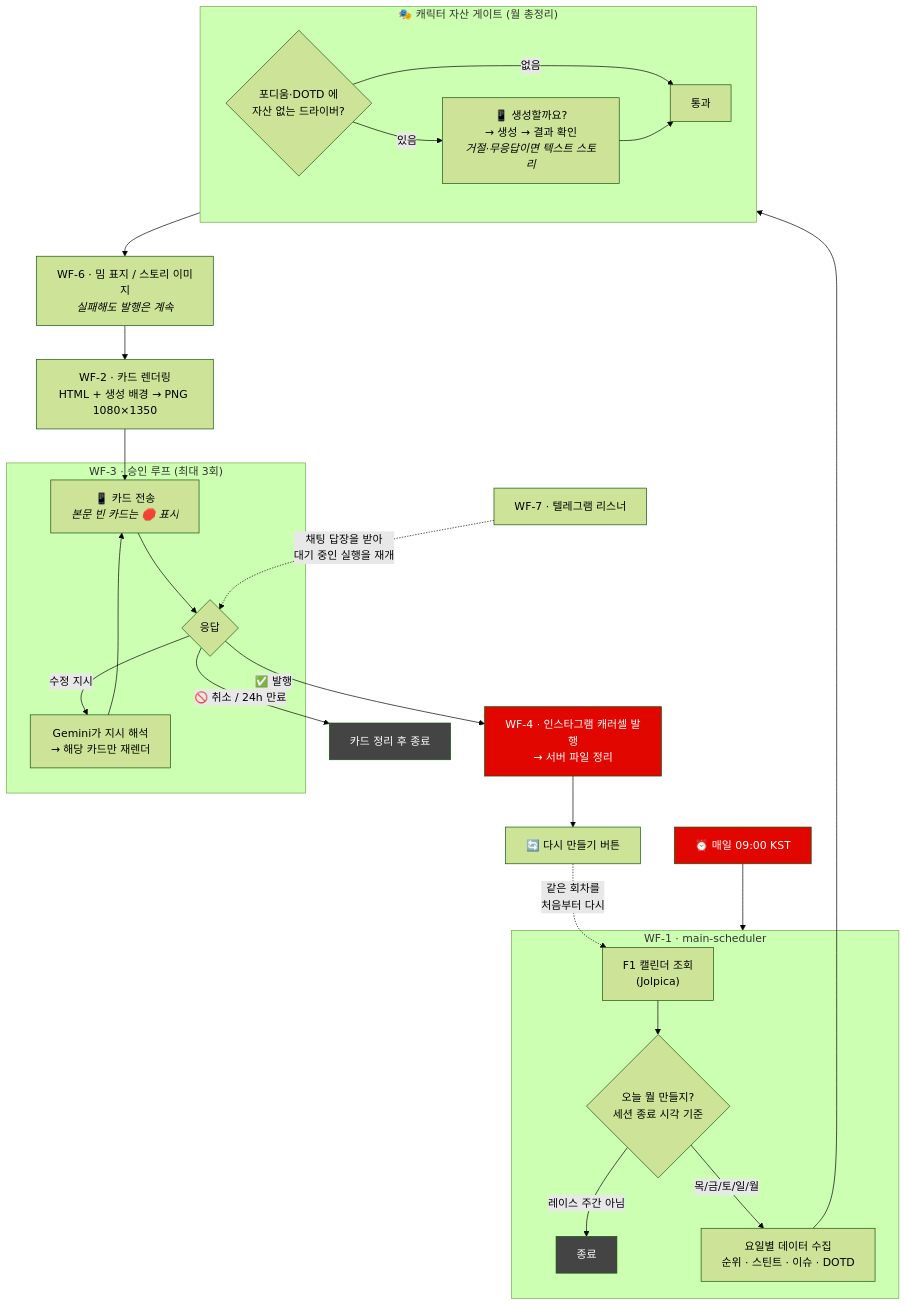
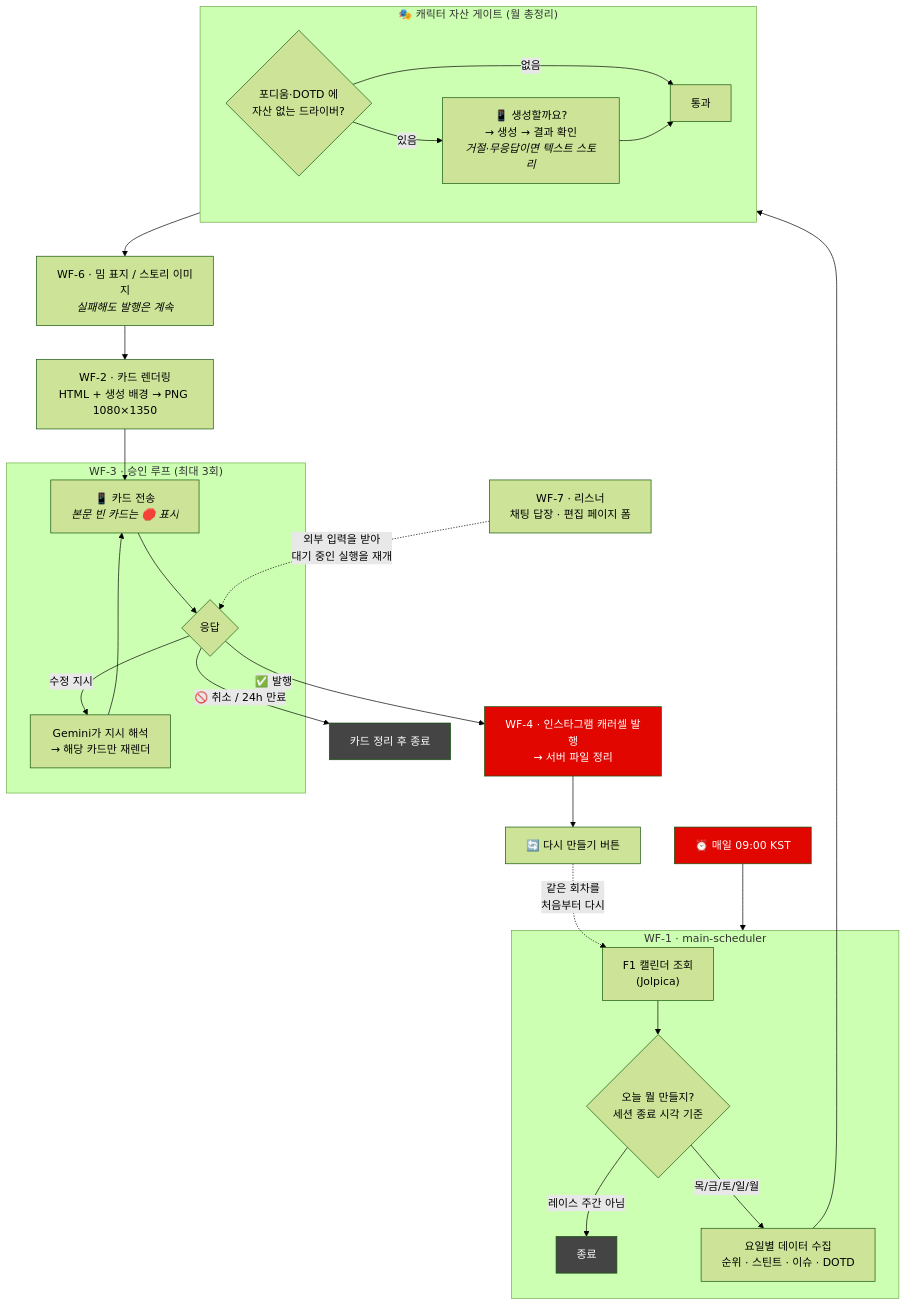
Before and after one commit to anotheranotherhoon/f1-cardnews-automation: the diagram in README.md, drawn with Mermaid (forest theme). The commit also changed other lines of this file, not shown here.

````diff
--- a/README.md
+++ b/README.md
@@ -19,40 +19,40 @@
 ```mermaid
 flowchart TD
     T["⏰ 매일 09:00 KST"] --> W1
 
     subgraph W1 ["WF-1 · main-scheduler"]
         C["F1 캘린더 조회<br/>(Jolpica)"] --> D{"오늘 뭘 만들지?<br/>세션 종료 시각 기준"}
         D -->|레이스 주간 아님| X["종료"]
         D -->|목/금/토/일/월| DATA["요일별 데이터 수집<br/>순위 · 스틴트 · 이슈 · DOTD"]
     end
 
     DATA --> GATE
 
     subgraph GATE ["🎭 캐릭터 자산 게이트 (월 총정리)"]
         G1{"포디움·DOTD 에<br/>자산 없는 드라이버?"} -->|없음| G3["통과"]
         G1 -->|있음| G2["📱 생성할까요?<br/>→ 생성 → 결과 확인<br/><i>거절·무응답이면 텍스트 스토리</i>"]
         G2 --> G3
     end
 
     GATE --> W6
     W6["WF-6 · 밈 표지 / 스토리 이미지<br/><i>실패해도 발행은 계속</i>"] --> W2
     W2["WF-2 · 카드 렌더링<br/>HTML + 생성 배경 → PNG 1080×1350"] --> W3
 
     subgraph LOOP ["WF-3 · 승인 루프 (최대 3회)"]
         W3["📱 카드 전송<br/><i>본문 빈 카드는 🛑 표시</i>"] --> Q{"응답"}
         Q -->|"수정 지시"| FIX["Gemini가 지시 해석<br/>→ 해당 카드만 재렌더"]
         FIX --> W3
     end
 
     Q -->|"🚫 취소 / 24h 만료"| CAN["카드 정리 후 종료"]
     Q -->|"✅ 발행"| W4["WF-4 · 인스타그램 캐러셀 발행<br/>→ 서버 파일 정리"]
     W4 --> RE["🔄 다시 만들기 버튼"]
     RE -.->|"같은 회차를<br/>처음부터 다시"| C
 
-    W7["WF-7 · 텔레그램 리스너"] -.->|"채팅 답장을 받아<br/>대기 중인 실행을 재개"| Q
+    W7["WF-7 · 리스너<br/>채팅 답장 · 편집 페이지 폼"] -.->|"외부 입력을 받아<br/>대기 중인 실행을 재개"| Q
 
     style T fill:#e10600,color:#fff
     style W4 fill:#e10600,color:#fff
     style X fill:#444,color:#fff
     style CAN fill:#444,color:#fff
 ```
````
